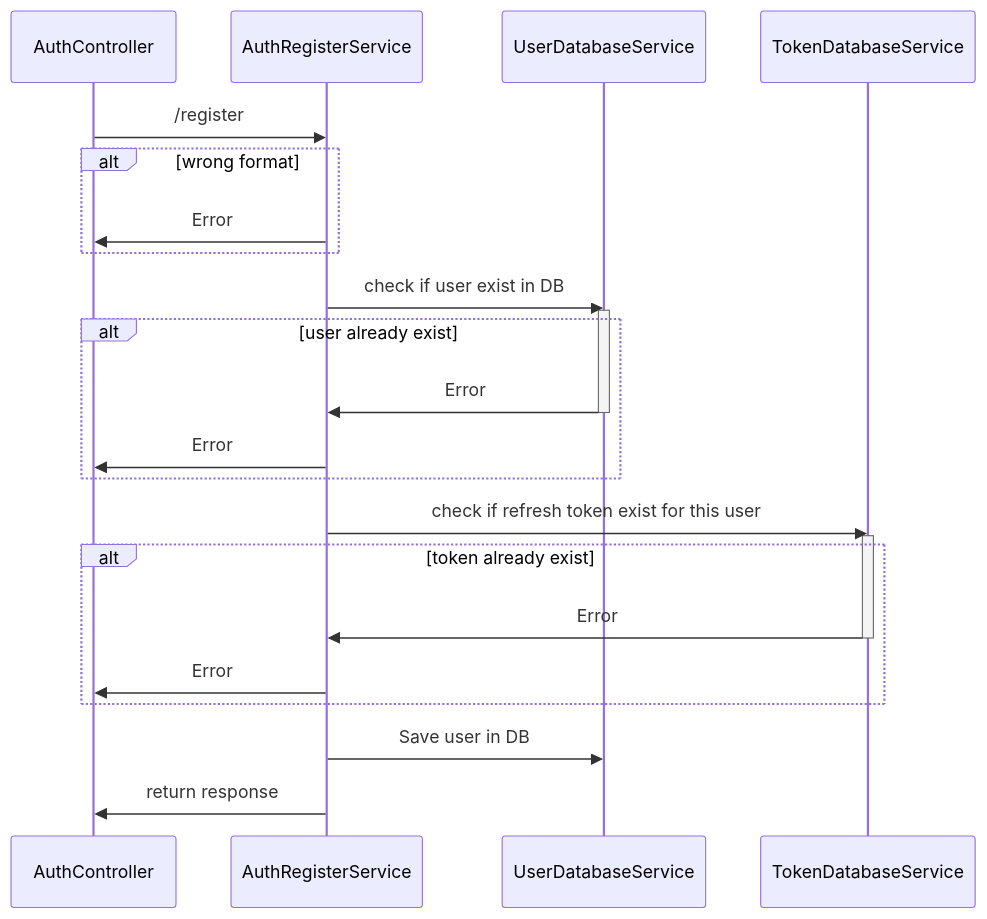
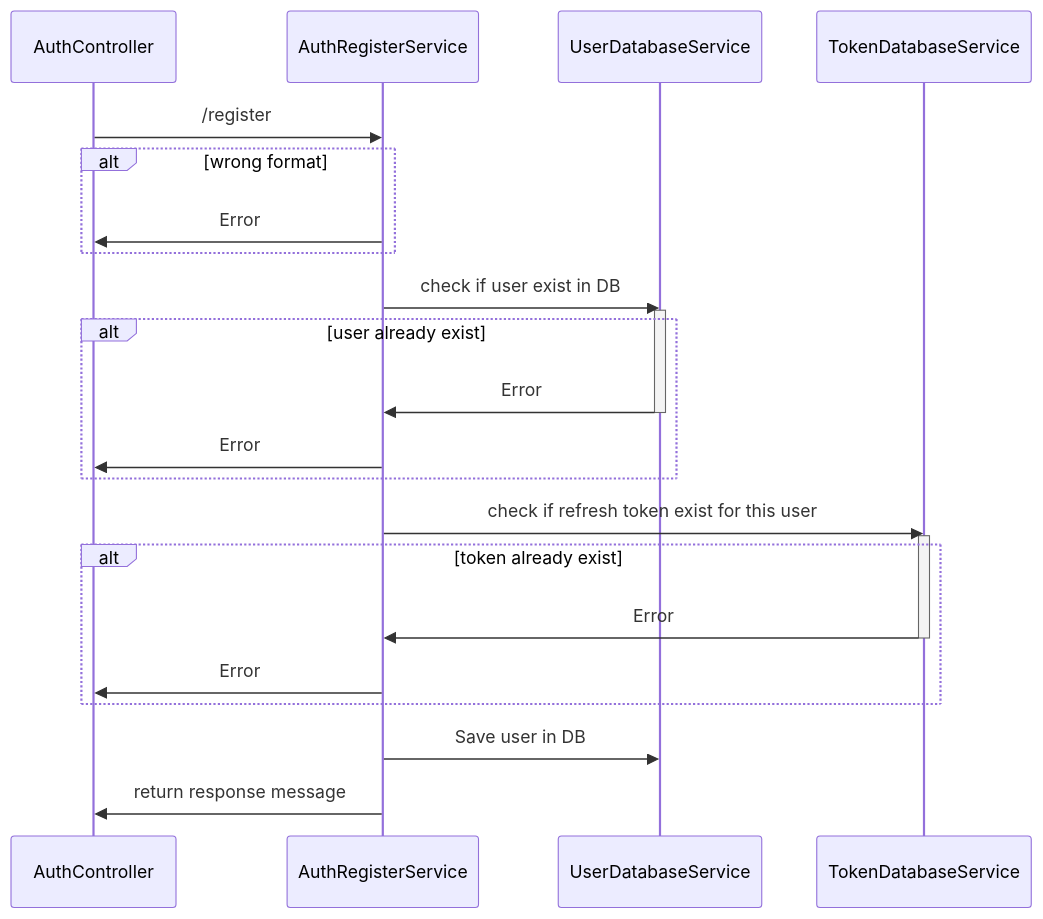
Before and after one commit to Code-Oz/auth-nest-monorepo: the first of 5 diagrams in apps/auth/README.mkd, drawn with Mermaid. The commit also changed other lines of this file and 5 other files, not shown here.

````diff
--- a/apps/auth/README.mkd
+++ b/apps/auth/README.mkd
@@ -3,33 +3,33 @@
 ```mermaid
 sequenceDiagram
 
     AuthController->>AuthRegisterService: /register
     alt wrong format
         AuthRegisterService->>AuthController: Error
     end
 
     AuthRegisterService->>UserDatabaseService: check if user exist in DB
     activate UserDatabaseService
     alt user already exist
         UserDatabaseService->>AuthRegisterService: Error
         deactivate UserDatabaseService
         AuthRegisterService->>AuthController: Error
     end
 
     AuthRegisterService->>TokenDatabaseService: check if refresh token exist for this user
     activate TokenDatabaseService
     alt token already exist
         TokenDatabaseService->>AuthRegisterService: Error
         deactivate TokenDatabaseService
         AuthRegisterService->>AuthController: Error
     end
 
     AuthRegisterService->>UserDatabaseService: Save user in DB
-    AuthRegisterService->>AuthController: return response
+    AuthRegisterService->>AuthController: return response message
         
     participant AuthController
     participant AuthRegisterService
 
     participant UserDatabaseService
     participant TokenDatabaseService
 ```
````
